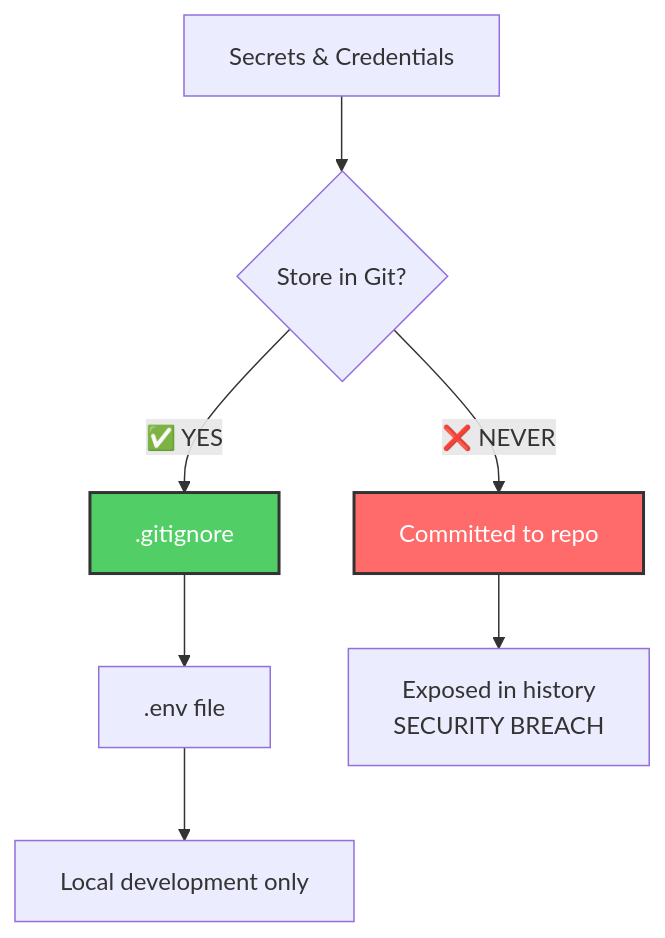
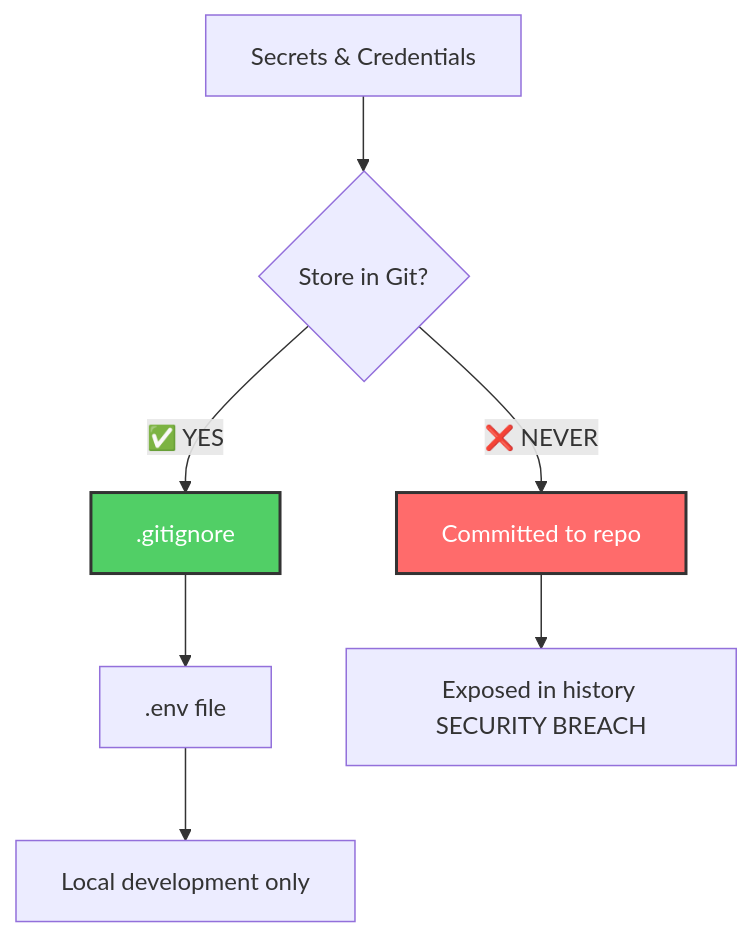
One commit to softwarewrighter/dev-proxy changed diagram 15 of 17 in wiki/Security.md. Above: the diagram before and after it, drawn with Mermaid. The commit also changed other lines of this file and 6 other files, not shown here.

First line of the commit message:
Fix wiki Mermaid diagrams: remove <br/> tags

````diff
--- a/wiki/Security.md
+++ b/wiki/Security.md
@@ -439,15 +439,15 @@
 ```mermaid
 graph TB
     Secrets[Secrets & Credentials] --> Git{Store in Git?}
 
     Git -->|❌ NEVER| Committed[Committed to repo]
     Git -->|✅ YES| Ignored[.gitignore]
 
     Ignored --> Env[.env file]
     Env --> Local[Local development only]
 
-    Committed --> Exposed[Exposed in history<br/>SECURITY BREACH]
+    Committed --> Exposed[Exposed in history SECURITY BREACH]
 
     style Committed fill:#ff6b6b,stroke:#333,stroke-width:2px,color:#fff
     style Ignored fill:#51cf66,stroke:#333,stroke-width:2px,color:#fff
 ```
````
